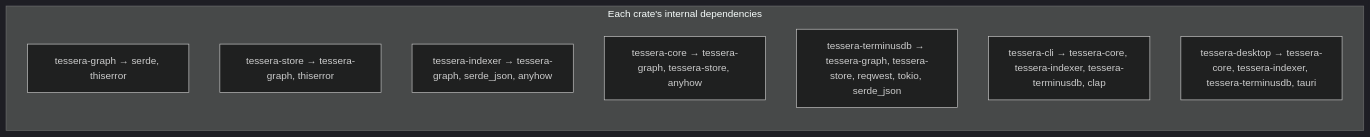
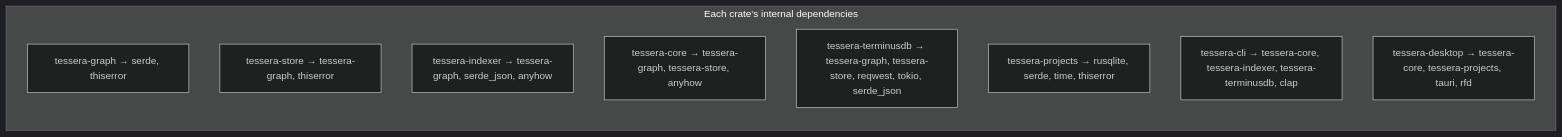
The third of 4 diagrams in ARCHITECTURE.md (bluebird-labs/tessera), drawn with Mermaid (dark theme) before and after one commit. The commit also changed other lines of this file and 2 other files, not shown here.

First line of the commit message:
docs: resync CLAUDE.md, README, and ARCHITECTURE with the workspace (#23)

````diff
--- a/ARCHITECTURE.md
+++ b/ARCHITECTURE.md
@@ -76,13 +87,14 @@
 ```mermaid
 graph TB
     subgraph "Each crate's internal dependencies"
         direction TB
         G["tessera-graph → serde, thiserror"]
         S["tessera-store → tessera-graph, thiserror"]
         I["tessera-indexer → tessera-graph, serde_json, anyhow"]
         C["tessera-core → tessera-graph, tessera-store, anyhow"]
         T["tessera-terminusdb → tessera-graph, tessera-store, reqwest, tokio, serde_json"]
+        P["tessera-projects → rusqlite, serde, time, thiserror"]
         CLI["tessera-cli → tessera-core, tessera-indexer, tessera-terminusdb, clap"]
-        D["tessera-desktop → tessera-core, tessera-indexer, tessera-terminusdb, tauri"]
+        D["tessera-desktop → tessera-core, tessera-projects, tauri, rfd"]
     end
 ```
````
